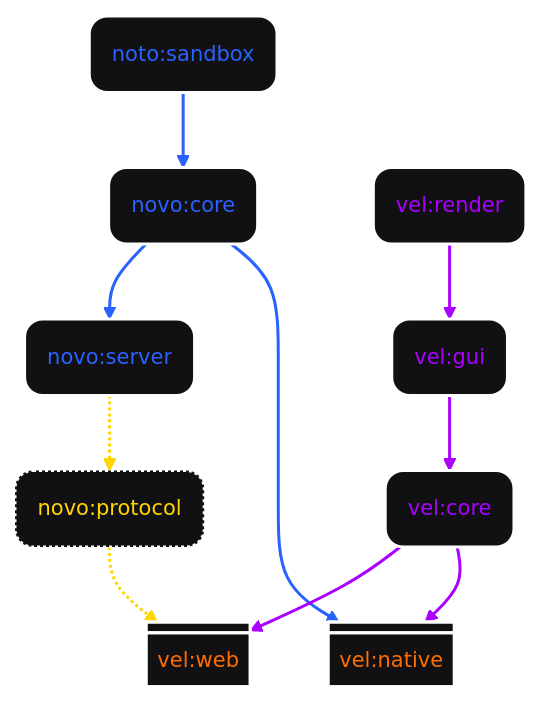
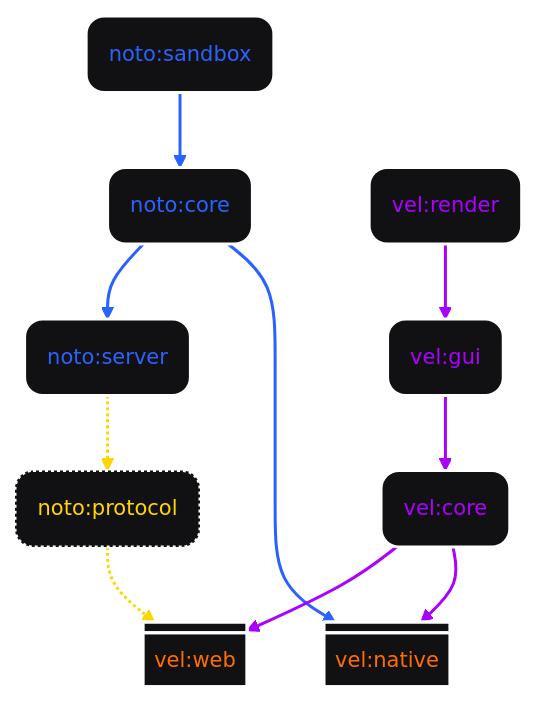
The diagram in docs/Architecture.md (Notovel/Noto), drawn with Mermaid before and after one commit.

Commit message:
Update Architecture.md
Fixing spelling mistakes

````diff
--- a/docs/Architecture.md
+++ b/docs/Architecture.md
@@ -3,36 +3,36 @@
 ```mermaid
 ---
 config:
   theme: redux-dark
   layout: fixed
   look: classic
 ---
 flowchart TB
-    NSA("noto:sandbox") --> NC("novo:core")
-    NC --> NS("novo:server") & VN["vel:native"]
-    NS -.-> NP("novo:protocol")
+    NSA("noto:sandbox") --> NC("noto:core")
+    NC --> NS("noto:server") & VN["vel:native"]
+    NS -.-> NP("noto:protocol")
     NP -.-> VW["vel:web"]
     VC("vel:core") --> VW & VN
     VR("vel:render") --> VG("vel:gui")
     VG --> VC
     VN@{ shape: div-proc}
     VW@{ shape: div-proc}
     style NSA color:#2962FF
     style NC color:#2962FF
     style NS color:#2962FF
     style VN stroke-width:2px,stroke-dasharray: 0,color:#FF6D00
     style NP stroke-width:2px,stroke-dasharray: 2,color:#FFD600
     style VW stroke-width:2px,stroke-dasharray: 0,color:#FF6D00
     style VC color:#AA00FF
     style VR color:#AA00FF
     style VG color:#AA00FF
     linkStyle 0 stroke:#2962FF,fill:none
     linkStyle 1 stroke:#2962FF,fill:none
     linkStyle 2 stroke:#2962FF,fill:none
     linkStyle 3 stroke:#FFD600,fill:none
     linkStyle 4 stroke:#FFD600,fill:none
     linkStyle 5 stroke:#AA00FF,fill:none
     linkStyle 6 stroke:#AA00FF,fill:none
     linkStyle 7 stroke:#AA00FF,fill:none
     linkStyle 8 stroke:#AA00FF,fill:none
 ```
````
